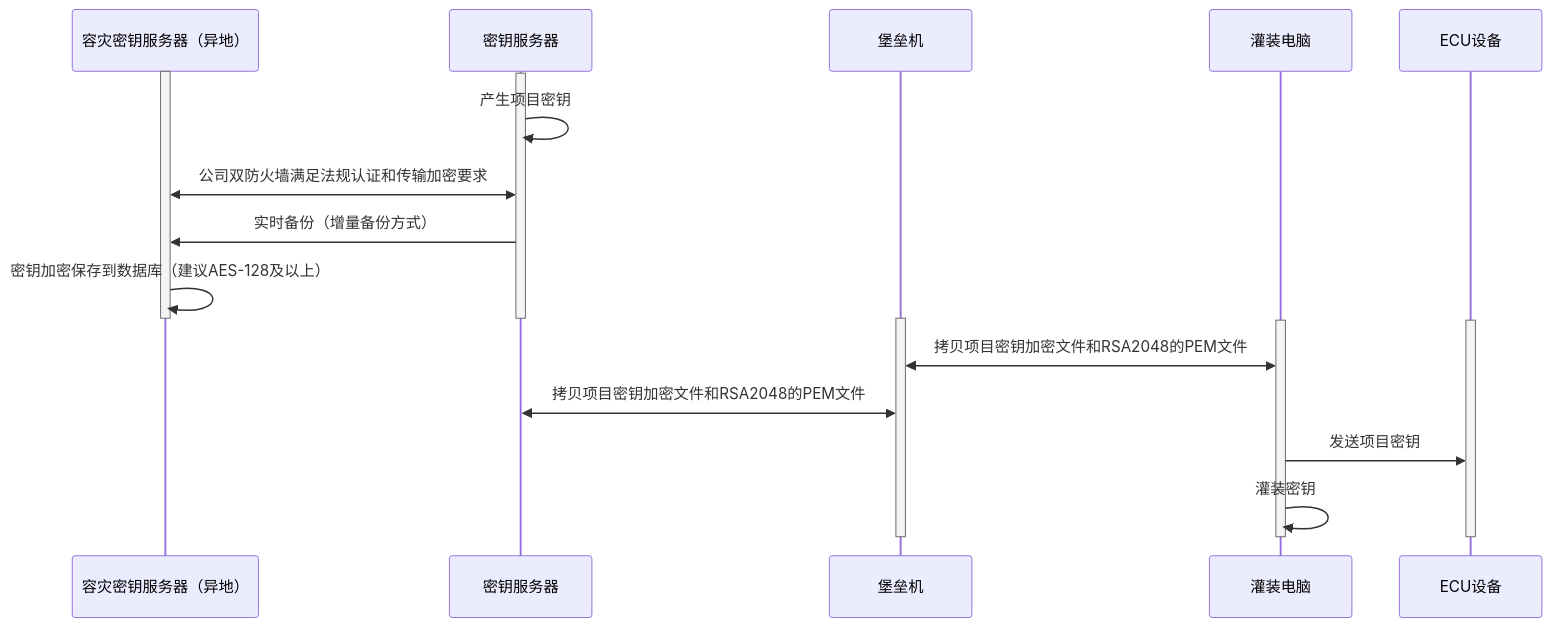
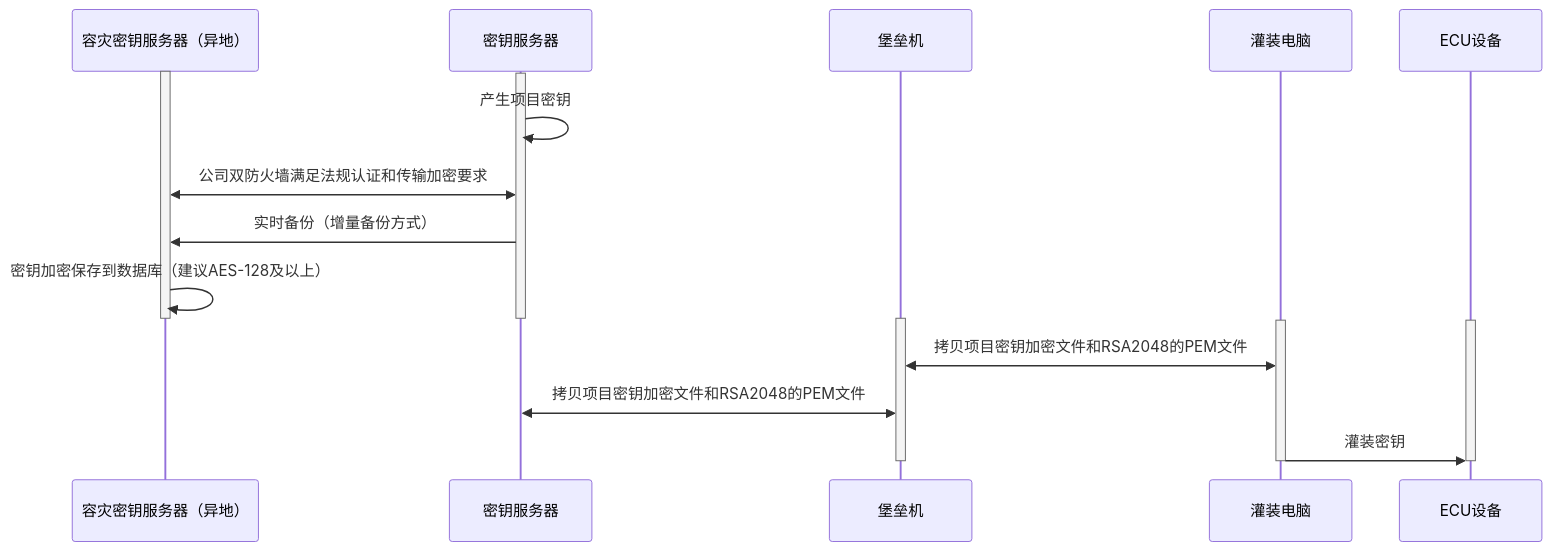
Before and after one commit to facebook-cloud/iodraw-files: the diagram in all/未命名-15.md, drawn with Mermaid.

Commit message:
2026-02-07 10:15:53 update

````diff
--- a/all/未命名-15.md
+++ b/all/未命名-15.md
@@ -1,31 +1,29 @@
 ```mermaid
 sequenceDiagram
     participant A as 容灾密钥服务器（异地）
     participant B as 密钥服务器
     participant C as 堡垒机
     participant D as 灌装电脑
     participant E as ECU设备
 
     activate A
     activate B
     B->>B: 产生项目密钥
     A<<->>B: 公司双防火墙满足法规认证和传输加密要求
     B->>A: 实时备份（增量备份方式）
     A->>A: 密钥加密保存到数据库（建议AES-128及以上）
     deactivate B
     deactivate A
 
     activate C
     activate D
     activate E
 
     D<<->>C: 拷贝项目密钥加密文件和RSA2048的PEM文件
     C<<->>B: 拷贝项目密钥加密文件和RSA2048的PEM文件
-    D->>E: 发送项目密钥
-    
-    D->>D: 灌装密钥
+    D->>E: 灌装密钥
     deactivate C
     deactivate D
     deactivate E
 
 ```
````
